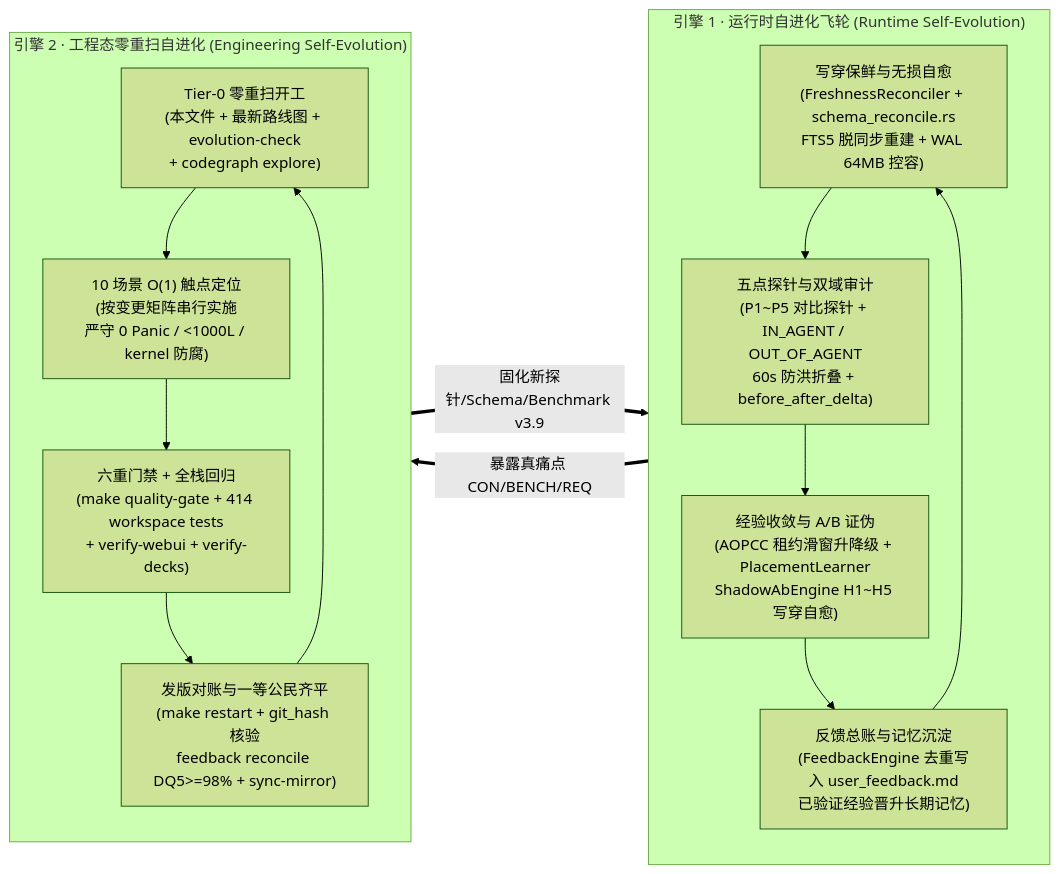
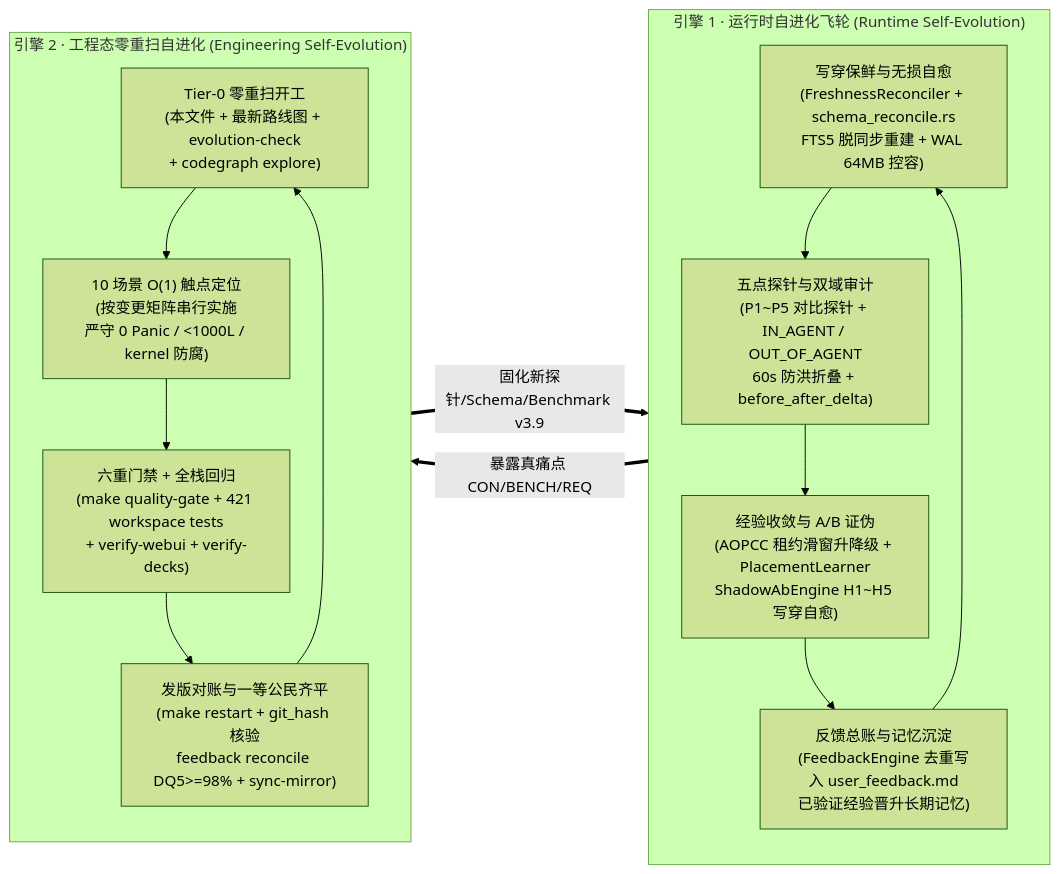
The diagram in EVOLUTION_GUIDE.md (digoal/agent-body), drawn with Mermaid (forest theme) before and after one commit. The commit also changed other lines of this file and 69 other files, not shown here.

````diff
--- a/EVOLUTION_GUIDE.md
+++ b/EVOLUTION_GUIDE.md
@@ -13,23 +13,23 @@
 ```mermaid
 flowchart LR
     subgraph RUNTIME["引擎 1 · 运行时自进化飞轮 (Runtime Self-Evolution)"]
         direction TB
         R1["写穿保鲜与无损自愈<br/>(FreshnessReconciler + schema_reconcile.rs<br/>FTS5 脱同步重建 + WAL 64MB 控容)"]
         R2["五点探针与双域审计<br/>(P1~P5 对比探针 + IN_AGENT / OUT_OF_AGENT<br/>60s 防洪折叠 + before_after_delta)"]
         R3["经验收敛与 A/B 证伪<br/>(AOPCC 租约滑窗升降级 + PlacementLearner<br/>ShadowAbEngine H1~H5 写穿自愈)"]
         R4["反馈总账与记忆沉淀<br/>(FeedbackEngine 去重写入 user_feedback.md<br/>已验证经验晋升长期记忆)"]
         R1 --> R2 --> R3 --> R4 --> R1
     end
 
     subgraph ENG["引擎 2 · 工程态零重扫自进化 (Engineering Self-Evolution)"]
         direction TB
         E1["Tier-0 零重扫开工<br/>(本文件 + 最新路线图 + evolution-check<br/>+ codegraph explore)"]
         E2["10 场景 O(1) 触点定位<br/>(按变更矩阵串行实施<br/>严守 0 Panic / <1000L / kernel 防腐)"]
-        E3["六重门禁 + 全栈回归<br/>(make quality-gate + 414 workspace tests<br/>+ verify-webui + verify-decks)"]
+        E3["六重门禁 + 全栈回归<br/>(make quality-gate + 421 workspace tests<br/>+ verify-webui + verify-decks)"]
         E4["发版对账与一等公民齐平<br/>(make restart + git_hash 核验<br/>feedback reconcile DQ5>=98% + sync-mirror)"]
         E1 --> E2 --> E3 --> E4 --> E1
     end
 
     R4 ==>|"暴露真痛点 CON/BENCH/REQ"| E1
     E4 ==>|"固化新探针/Schema/Benchmark v3.9"| R1
 ```
````
